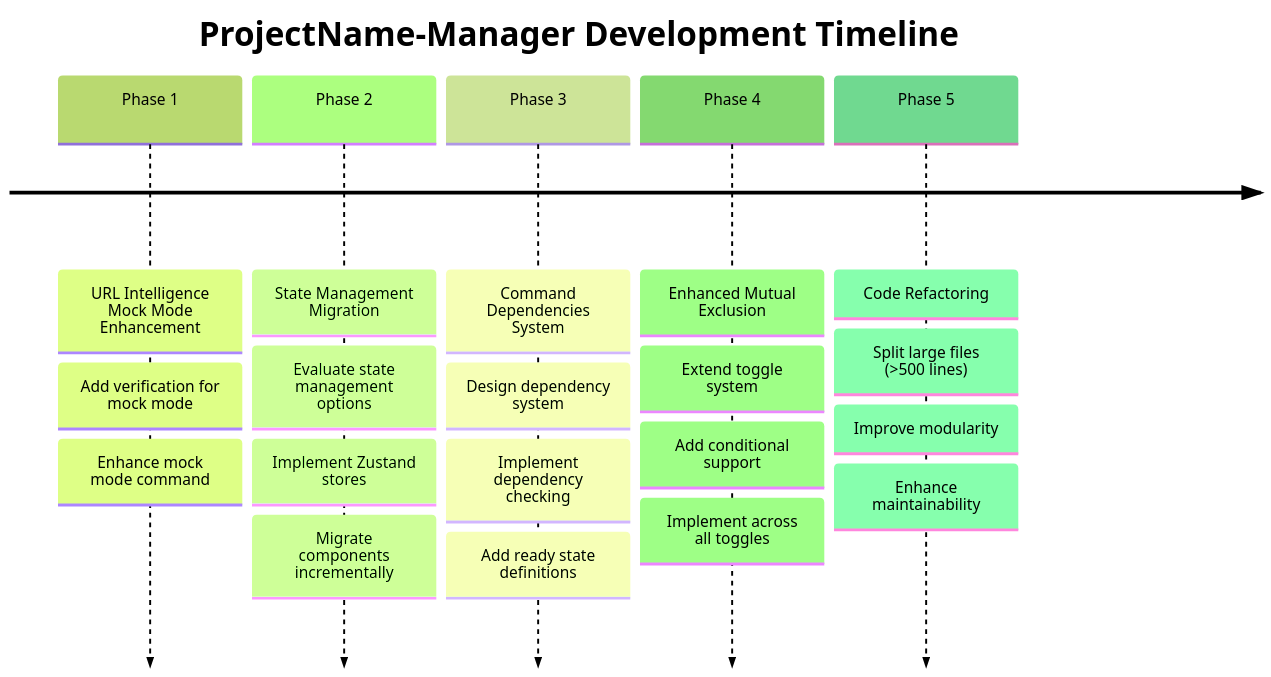
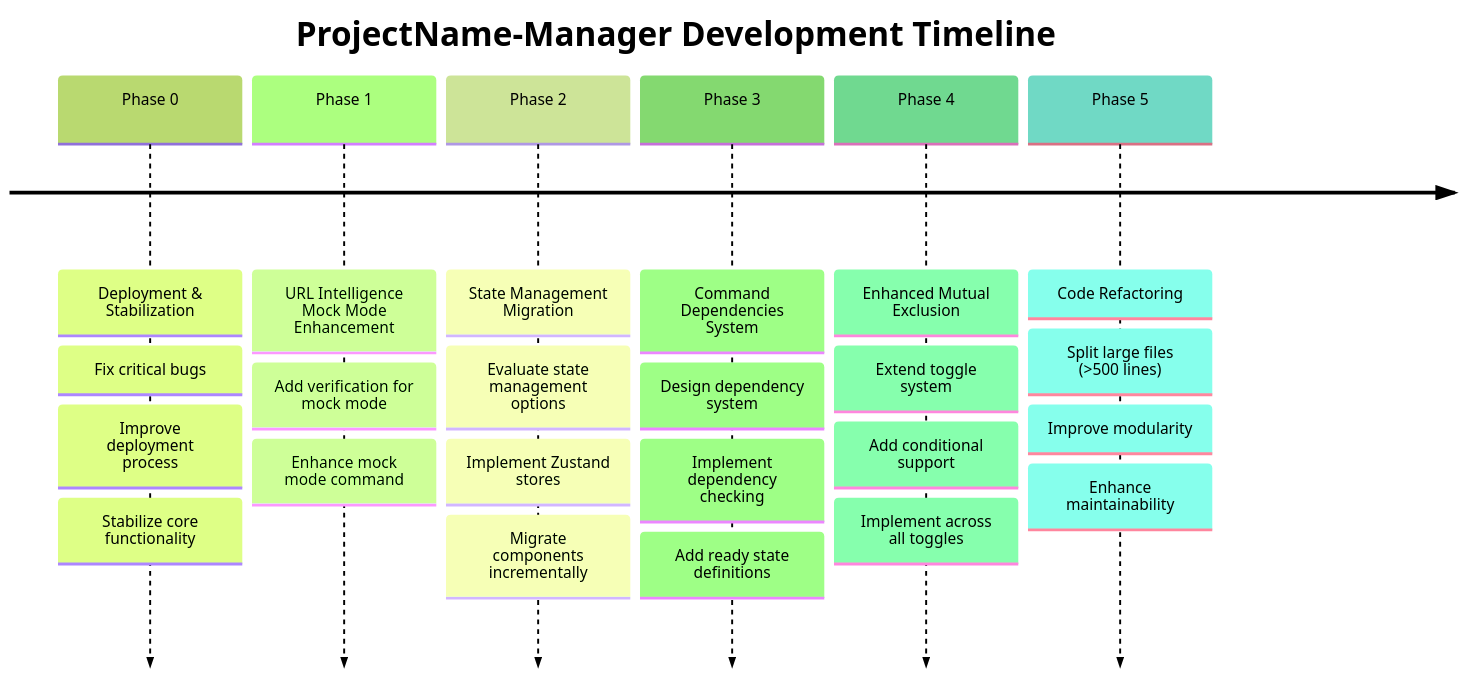
One commit to sagy101/ProjectName-Manager changed the diagram in roadmap.md. Above: the diagram before and after it, drawn with Mermaid (forest theme). The commit also changed other lines of this file, not shown here.

Commit message:
Update roadmap: add Phase 0 for deployment & stabilization, improve timeline diagram

````diff
--- a/roadmap.md
+++ b/roadmap.md
@@ -7,28 +7,33 @@
 ```mermaid
 timeline
     title ProjectName-Manager Development Timeline
+    
+    Phase 0 : Deployment & Stabilization
+           : Fix critical bugs
+           : Improve deployment process
+           : Stabilize core functionality
     
     Phase 1 : URL Intelligence Mock Mode Enhancement
            : Add verification for mock mode
            : Enhance mock mode command
            
     Phase 2 : State Management Migration  
            : Evaluate state management options
            : Implement Zustand stores
            : Migrate components incrementally
            
     Phase 3 : Command Dependencies System
            : Design dependency system
            : Implement dependency checking
            : Add ready state definitions
            
     Phase 4 : Enhanced Mutual Exclusion
            : Extend toggle system
            : Add conditional support
            : Implement across all toggles
            
     Phase 5 : Code Refactoring
            : Split large files (>500 lines)
            : Improve modularity
            : Enhance maintainability
 ```
````
